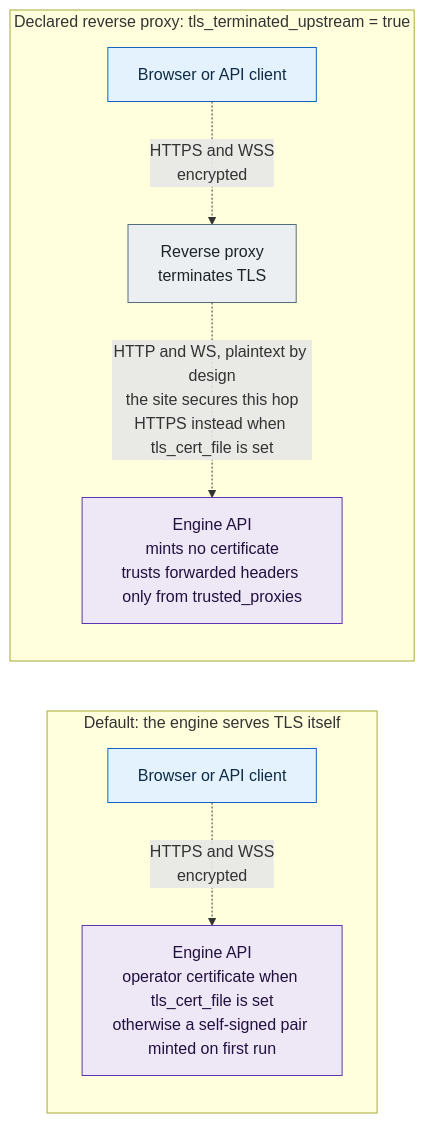
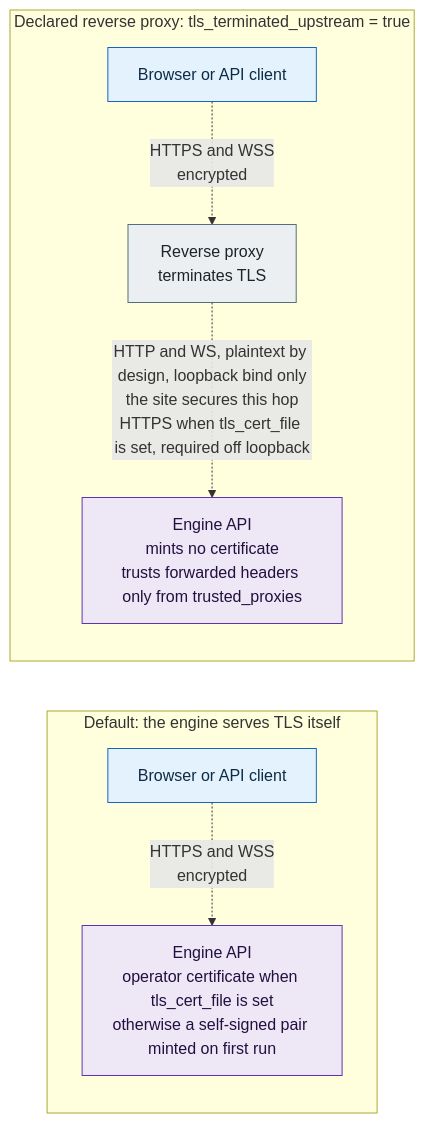
One commit to MEFORORG/MessageFoundry changed the third of 4 diagrams in docs/DEPLOYMENT.md. Above: the diagram before and after it, drawn with Mermaid. The commit also changed other lines of this file and 19 other files, not shown here.

````diff
--- a/docs/DEPLOYMENT.md
+++ b/docs/DEPLOYMENT.md
@@ -113,20 +113,20 @@
 ```mermaid
 flowchart LR
   classDef api fill:#ede7f6,stroke:#5e35b1,color:#22103f;
   classDef opstool fill:#e3f2fd,stroke:#1565c0,color:#0d2b45;
   classDef ext fill:#eceff1,stroke:#546e7a,color:#1c2429;
 
   subgraph T3DEFAULT["Default: the engine serves TLS itself"]
     T3CLIENTA["Browser or API client"]:::opstool
     T3ENGINEA["Engine API<br/>operator certificate when tls_cert_file is set<br/>otherwise a self-signed pair minted on first run"]:::api
     T3CLIENTA -.->|"HTTPS and WSS<br/>encrypted"| T3ENGINEA
   end
 
   subgraph T3PROXY["Declared reverse proxy: tls_terminated_upstream = true"]
     T3CLIENTB["Browser or API client"]:::opstool
     T3RP["Reverse proxy<br/>terminates TLS"]:::ext
     T3ENGINEB["Engine API<br/>mints no certificate<br/>trusts forwarded headers only from trusted_proxies"]:::api
     T3CLIENTB -.->|"HTTPS and WSS<br/>encrypted"| T3RP
-    T3RP -.->|"HTTP and WS, plaintext by design<br/>the site secures this hop<br/>HTTPS instead when tls_cert_file is set"| T3ENGINEB
+    T3RP -.->|"HTTP and WS, plaintext by design, loopback bind only<br/>the site secures this hop<br/>HTTPS when tls_cert_file is set, required off loopback"| T3ENGINEB
   end
 ```
````
